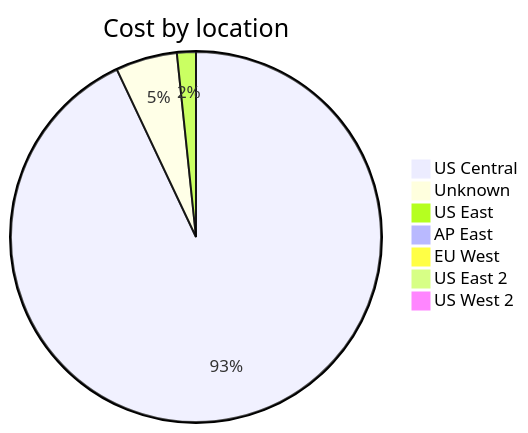
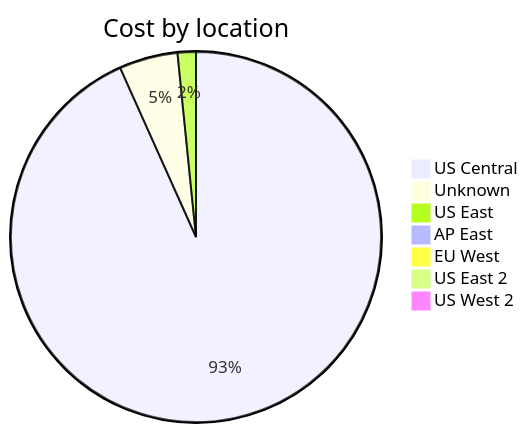
One commit to jpfulton/azure-personal-reports changed the third of 4 diagrams in cost-reports/accumulated-cost.md. Above: the diagram before and after it, drawn with Mermaid. The commit also changed other lines of this file and 4 other files, not shown here.

````diff
--- a/cost-reports/accumulated-cost.md
+++ b/cost-reports/accumulated-cost.md
@@ -123,11 +123,11 @@
 ```mermaid
 pie
    title Cost by location
-   "US Central" : 2.25
-   "Unknown" : 0.13
-   "US East" : 0.04
+   "US Central" : 2.92
+   "Unknown" : 0.16
+   "US East" : 0.05
    "AP East" : 0.00
    "EU West" : 0.00
    "US East 2" : 0.00
    "US West 2" : 0.00
 ```
````
